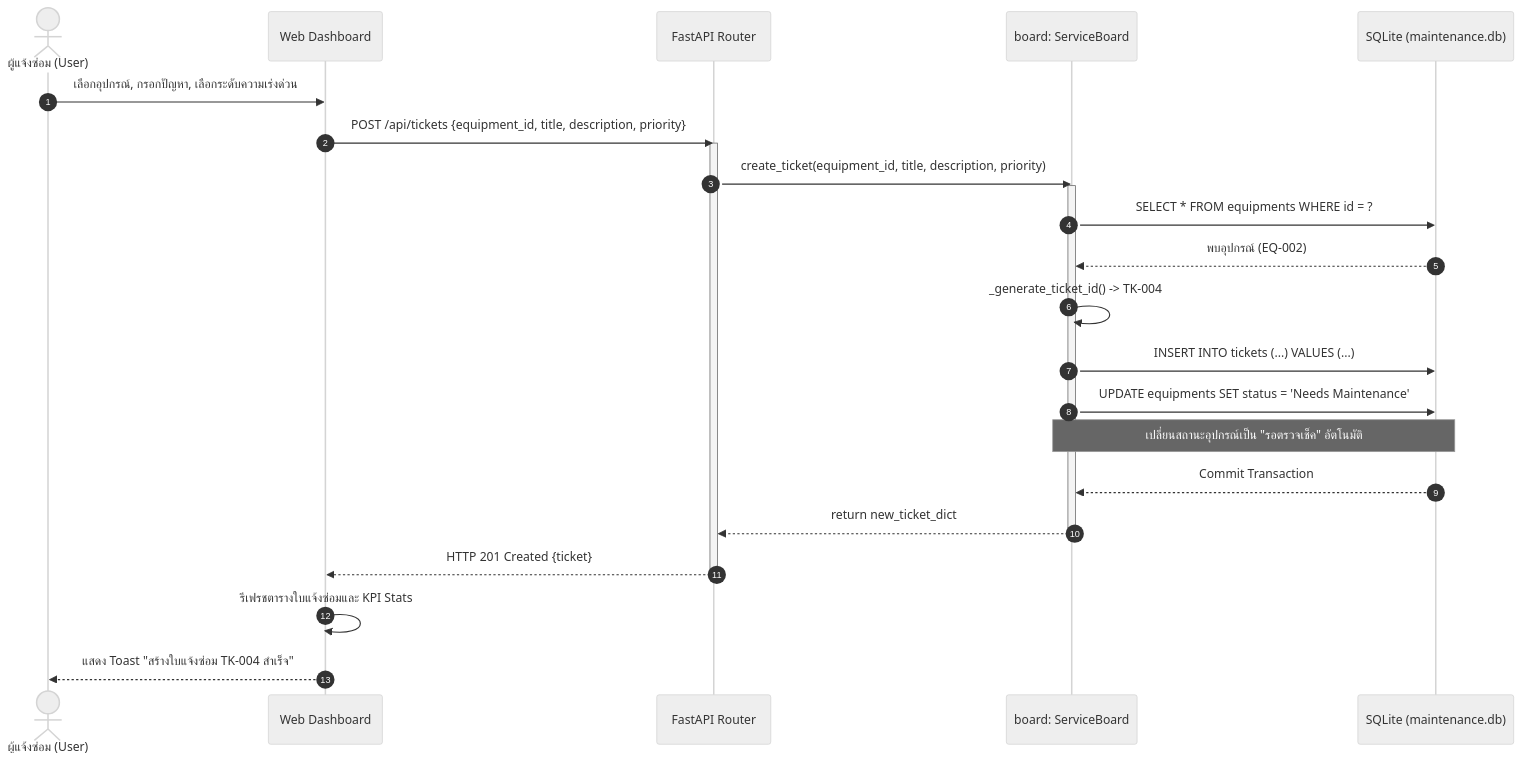
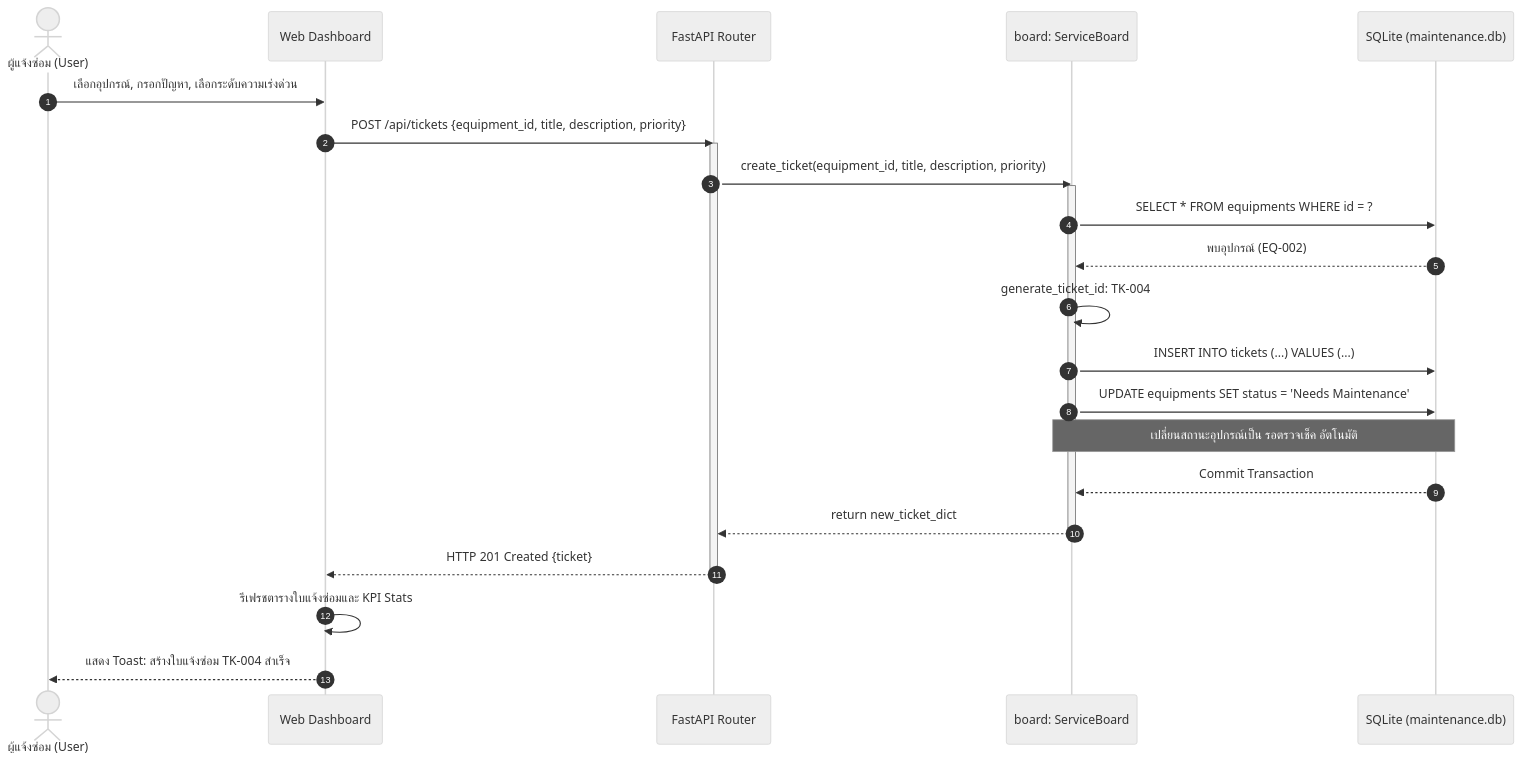
The fourth of 6 diagrams in README.md (Kitikon15/Quick-Maintenance-Tracker), drawn with Mermaid (neutral theme) before and after one commit. The commit also changed other lines of this file and 6 other files, not shown here.

````diff
--- a/README.md
+++ b/README.md
@@ -215,28 +215,28 @@
 ```mermaid
 sequenceDiagram
     autonumber
     actor User as ผู้แจ้งซ่อม (User)
     participant UI as Web Dashboard
     participant API as FastAPI Router
     participant Board as board: ServiceBoard
     participant DB as SQLite (maintenance.db)
 
     User ->> UI: เลือกอุปกรณ์, กรอกปัญหา, เลือกระดับความเร่งด่วน
     UI ->> API: POST /api/tickets {equipment_id, title, description, priority}
     activate API
     API ->> Board: create_ticket(equipment_id, title, description, priority)
     activate Board
     Board ->> DB: SELECT * FROM equipments WHERE id = ?
     DB -->> Board: พบอุปกรณ์ (EQ-002)
-    Board ->> Board: _generate_ticket_id() -> TK-004
+    Board ->> Board: generate_ticket_id: TK-004
     Board ->> DB: INSERT INTO tickets (...) VALUES (...)
     Board ->> DB: UPDATE equipments SET status = 'Needs Maintenance'
-    Note over Board, DB: เปลี่ยนสถานะอุปกรณ์เป็น "รอตรวจเช็ค" อัตโนมัติ
+    Note over Board, DB: เปลี่ยนสถานะอุปกรณ์เป็น รอตรวจเช็ค อัตโนมัติ
     DB -->> Board: Commit Transaction
     Board -->> API: return new_ticket_dict
     deactivate Board
     API -->> UI: HTTP 201 Created {ticket}
     deactivate API
     UI ->> UI: รีเฟรชตารางใบแจ้งซ่อมและ KPI Stats
-    UI -->> User: แสดง Toast "สร้างใบแจ้งซ่อม TK-004 สำเร็จ"
+    UI -->> User: แสดง Toast: สร้างใบแจ้งซ่อม TK-004 สำเร็จ
 ```
````
